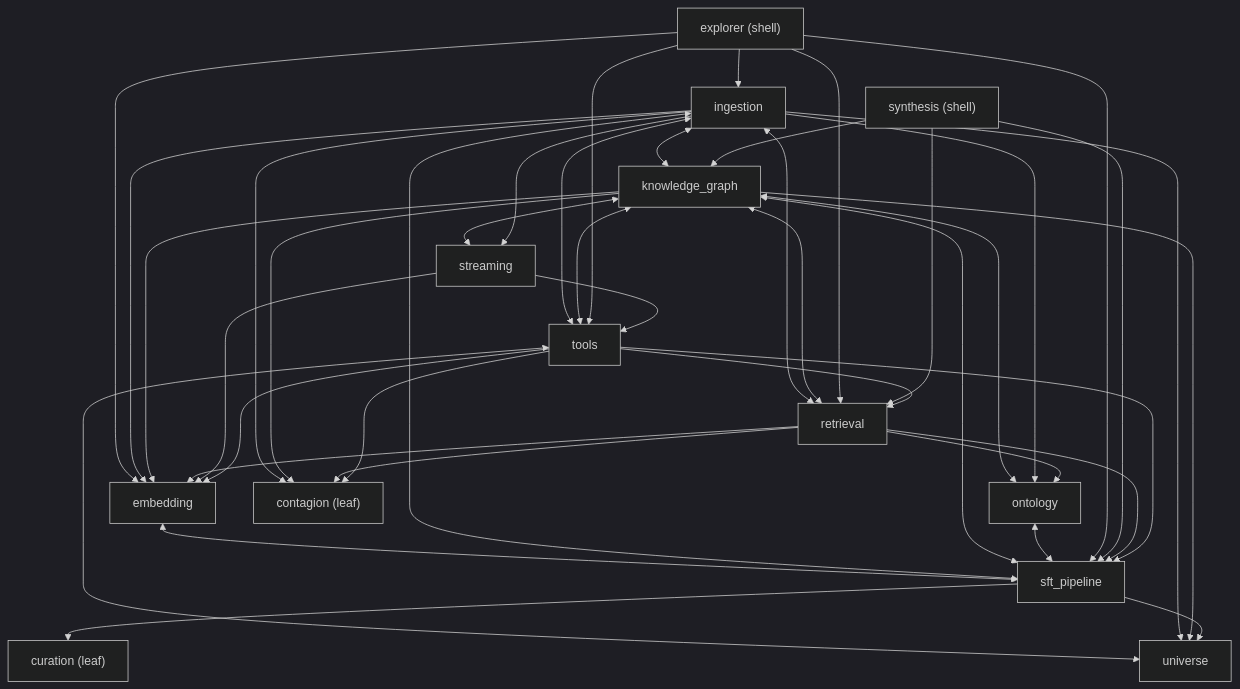
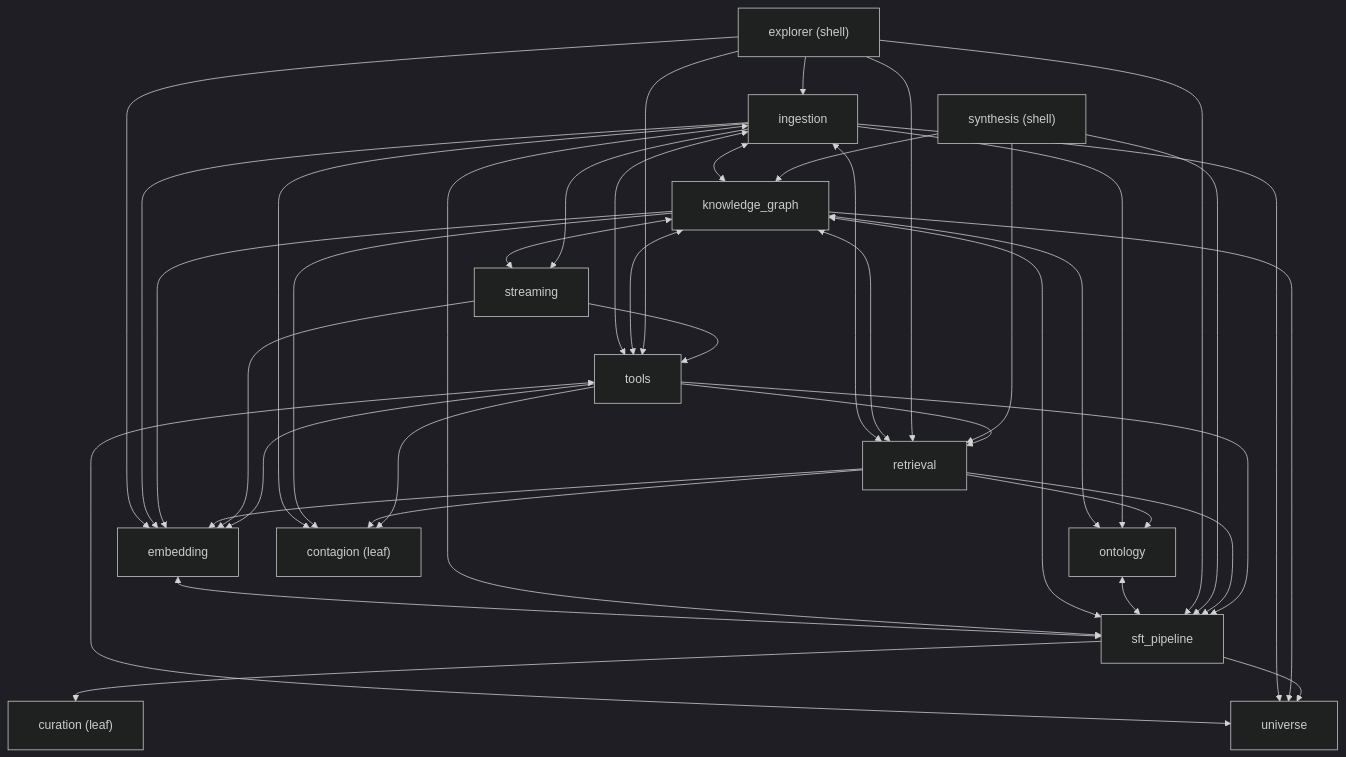
One commit to CamiloEmiliano/YarnBall changed the second of 2 diagrams in docs/technical-report/00-system-atlas.md. Above: the diagram before and after it, drawn with Mermaid (dark theme). The commit also changed other lines of this file and 6 other files, not shown here.

Commit message:
docs(technical-report): fix Mermaid rendering, Monograph numbering, notation, and Ch.0 layout

````diff
--- a/docs/technical-report/00-system-atlas.md
+++ b/docs/technical-report/00-system-atlas.md
@@ -249,72 +283,73 @@
 ```mermaid
+%%{init: {"flowchart": {"htmlLabels": false, "wrappingWidth": 420, "padding": 20}}}%%
 flowchart TD
     %% Pure Consumer Shells (0 inbound)
     explorer["explorer (shell)"]
     synthesis["synthesis (shell)"]
 
     %% Pipeline, Storage & Serving Core
     tools["tools"]
     retrieval["retrieval"]
     ingestion["ingestion"]
     knowledge_graph["knowledge_graph"]
     streaming["streaming"]
     ontology["ontology"]
     sft_pipeline["sft_pipeline"]
     embedding["embedding"]
     universe["universe"]
 
     %% Zero-Dependency Leaves (0 outbound)
     contagion["contagion (leaf)"]
     curation["curation (leaf)"]
 
     %% 12 Bidirectional Couplings (<-->)
     embedding <--> sft_pipeline
     ingestion <--> knowledge_graph
     ingestion <--> retrieval
     ingestion <--> sft_pipeline
     ingestion <--> tools
     knowledge_graph <--> ontology
     knowledge_graph <--> retrieval
     knowledge_graph <--> sft_pipeline
     knowledge_graph <--> streaming
     knowledge_graph <--> tools
     ontology <--> sft_pipeline
     tools <--> universe
 
     %% 28 One-Way Directed Imports (-->)
     explorer --> embedding
     explorer --> ingestion
     explorer --> retrieval
     explorer --> sft_pipeline
     explorer --> tools
 
     synthesis --> knowledge_graph
     synthesis --> retrieval
     synthesis --> sft_pipeline
 
     ingestion --> contagion
     ingestion --> embedding
     ingestion --> ontology
     ingestion --> streaming
     ingestion --> universe
 
     knowledge_graph --> contagion
     knowledge_graph --> embedding
     knowledge_graph --> universe
 
     retrieval --> contagion
     retrieval --> embedding
     retrieval --> ontology
     retrieval --> sft_pipeline
 
     sft_pipeline --> curation
     sft_pipeline --> universe
 
     streaming --> embedding
     streaming --> tools
 
     tools --> contagion
     tools --> embedding
     tools --> retrieval
     tools --> sft_pipeline
 ```
````
